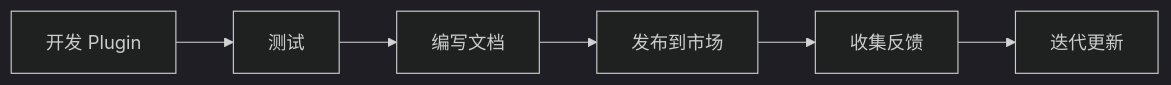
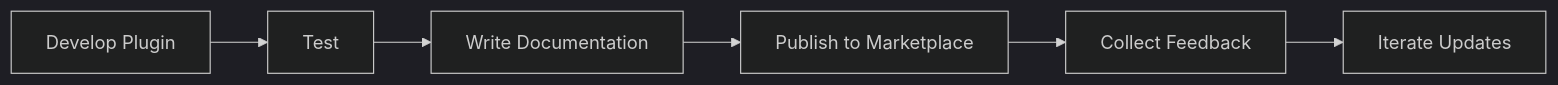
Before and after one commit to DDR187/cursor-howto: the second of 2 diagrams in 12-plugins/README.md, drawn with Mermaid (dark theme). The commit also changed other lines of this file and 22 other files, not shown here.

````diff
--- a/12-plugins/README.md
+++ b/12-plugins/README.md
@@ -291,8 +291,8 @@
 ```mermaid
 flowchart LR
-    A[开发 Plugin] --> B[测试]
-    B --> C[编写文档]
-    C --> D[发布到市场]
-    D --> E[收集反馈]
-    E --> F[迭代更新]
+    A[Develop Plugin] --> B[Test]
+    B --> C[Write Documentation]
+    C --> D[Publish to Marketplace]
+    D --> E[Collect Feedback]
+    E --> F[Iterate Updates]
 ```
````
